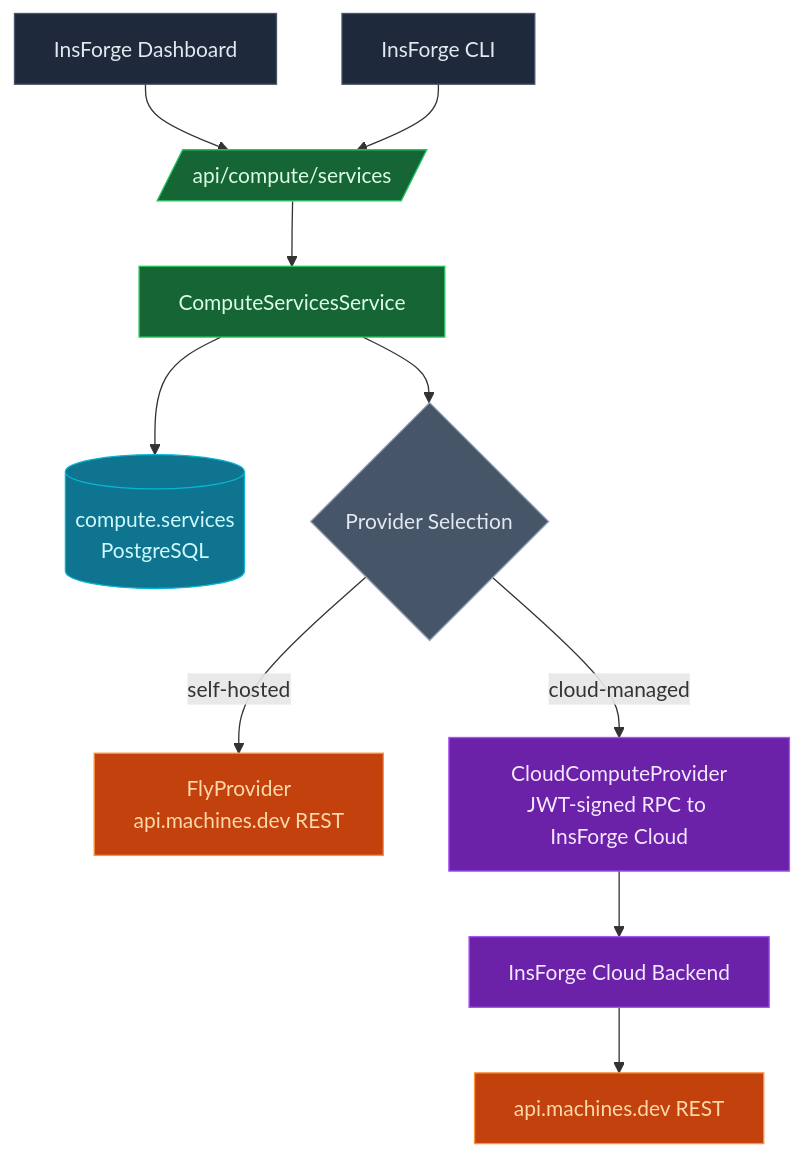
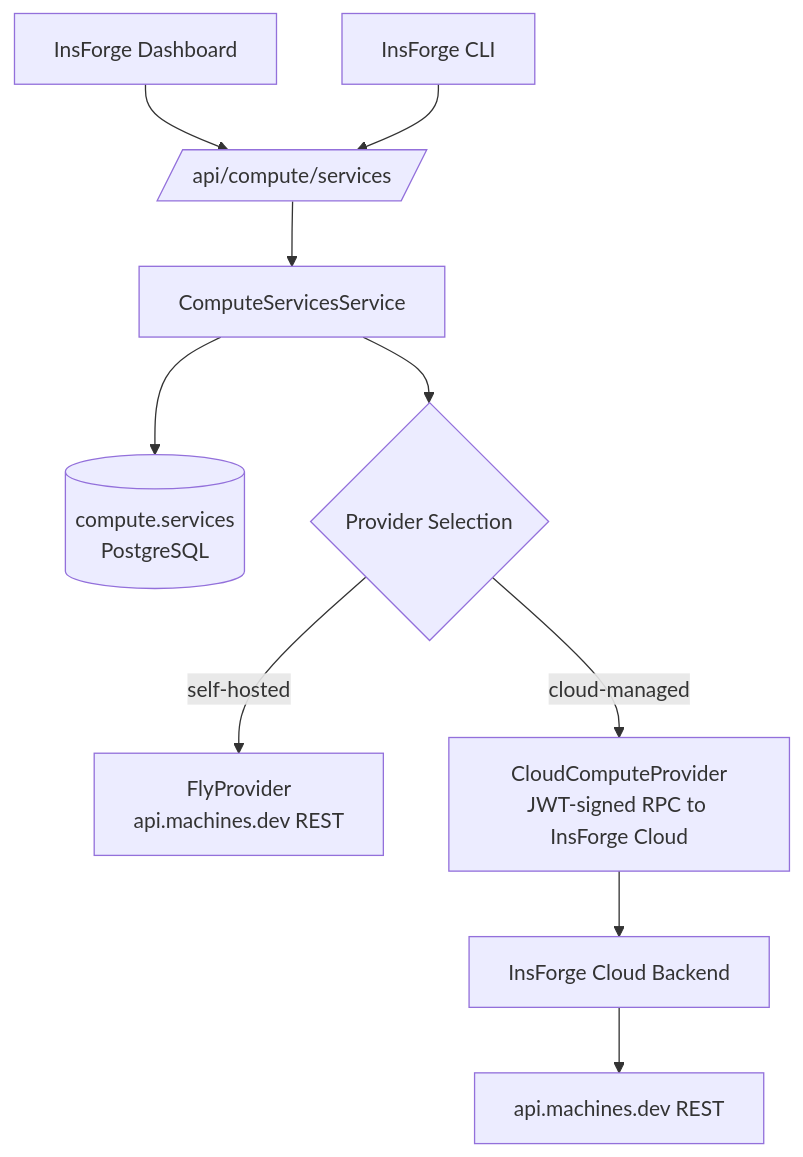
The diagram in docs/core-concepts/compute/architecture.mdx (InsForge/InsForge), drawn with Mermaid before and after one commit. The commit also changed other lines of this file and 3 other files, not shown here.

First line of the commit message:
docs(compute): trim to architecture-only, drop infra page, rename to Private Preview

````diff
--- a/docs/core-concepts/compute/architecture.mdx
+++ b/docs/core-concepts/compute/architecture.mdx
@@ -108,23 +133,12 @@
 ```mermaid
 graph TB
     Dashboard[InsForge Dashboard] --> API[/api/compute/services/]
     CLI[InsForge CLI] --> API
     API --> SVC[ComputeServicesService]
     SVC --> DB[(compute.services<br/>PostgreSQL)]
     SVC --> Provider{Provider Selection}
     Provider -->|self-hosted| Fly[FlyProvider<br/>api.machines.dev REST]
     Provider -->|cloud-managed| Cloud[CloudComputeProvider<br/>JWT-signed RPC to InsForge Cloud]
     Cloud --> CloudBackend[InsForge Cloud Backend]
     CloudBackend --> Fly2[api.machines.dev REST]
-
-    style Dashboard fill:#1e293b,stroke:#475569,color:#e2e8f0
-    style CLI fill:#1e293b,stroke:#475569,color:#e2e8f0
-    style API fill:#166534,stroke:#22c55e,color:#dcfce7
-    style SVC fill:#166534,stroke:#22c55e,color:#dcfce7
-    style DB fill:#0e7490,stroke:#06b6d4,color:#cffafe
-    style Provider fill:#475569,stroke:#94a3b8,color:#e2e8f0
-    style Fly fill:#c2410c,stroke:#fb923c,color:#fed7aa
-    style Cloud fill:#6b21a8,stroke:#a855f7,color:#f3e8ff
-    style CloudBackend fill:#6b21a8,stroke:#a855f7,color:#f3e8ff
-    style Fly2 fill:#c2410c,stroke:#fb923c,color:#fed7aa
 ```
````
